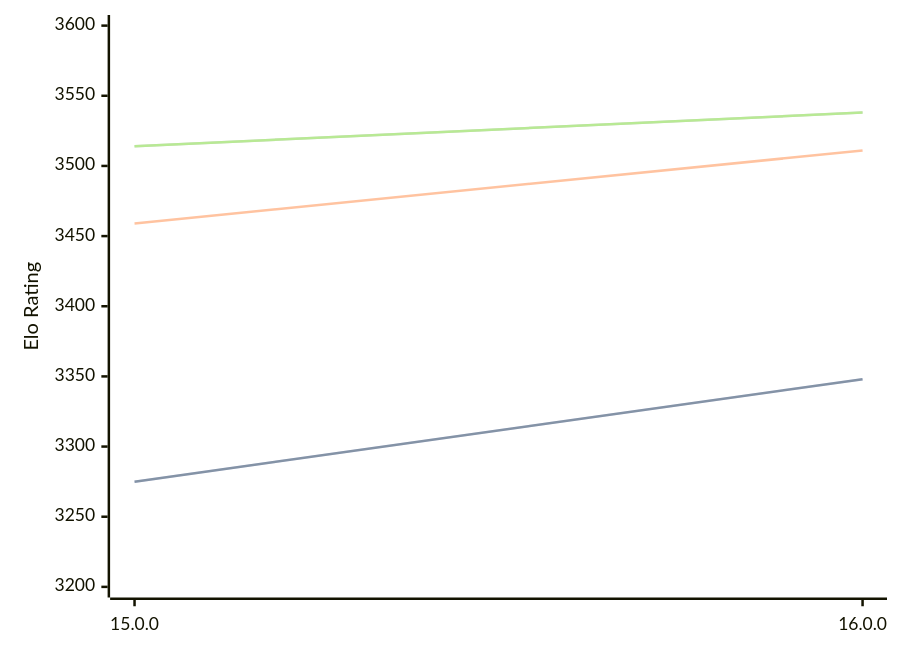
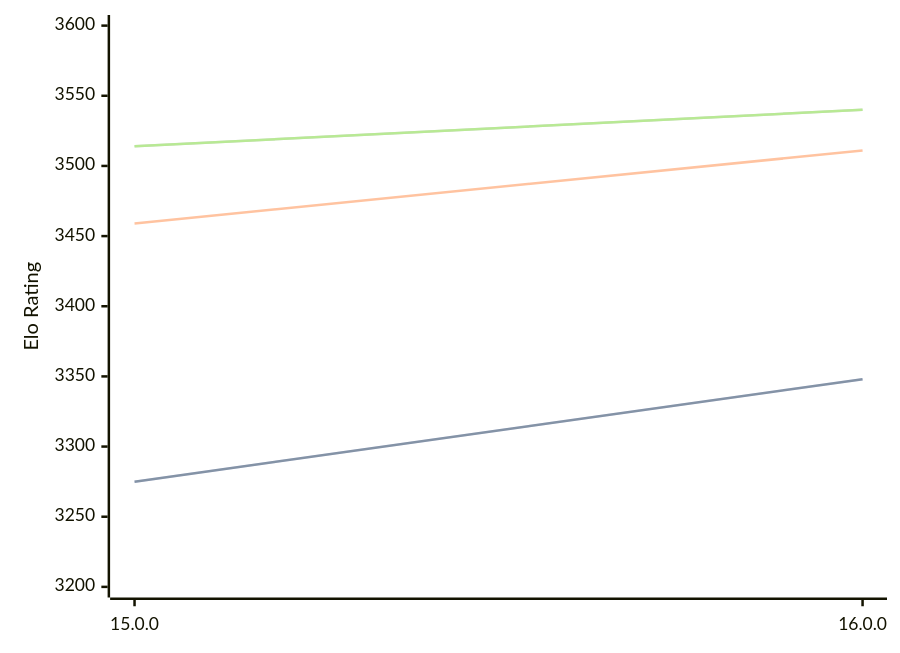
One commit to computer-chess-index/cci changed the third of 3 diagrams in engines/Halogen.md. Above: the diagram before and after it, drawn with Mermaid. The commit also changed other lines of this file, not shown here.

Commit message:
Update CCI Ratings (ELO VLTC) - 2026-07-07

````diff
--- a/engines/Halogen.md
+++ b/engines/Halogen.md
@@ -83,11 +83,11 @@
 ```mermaid
 %%{init: {"theme":"base","themeVariables":{"seriesColors:['#a3a3a3','#222221','#faa371']}}}%%
 xychart-beta
   x-axis ["15.0.0", "16.0.0"]
   y-axis "Elo Rating" 3200 --> 3600
   line "STC (8.0+0.08s)" [3275, 3348]
   line "STC (8.0+0.08s)" [3275, 3348]
   line "LTC (60.0+0.60s)" [3459, 3511]
-  line "VLTC (2m24s+1.12s)" [3514, 3538]
-  line "VLTC (2m24s+1.12s)" [3514, 3538]
+  line "VLTC (2m24s+1.12s)" [3514, 3540]
+  line "VLTC (2m24s+1.12s)" [3514, 3540]
 ```
````
